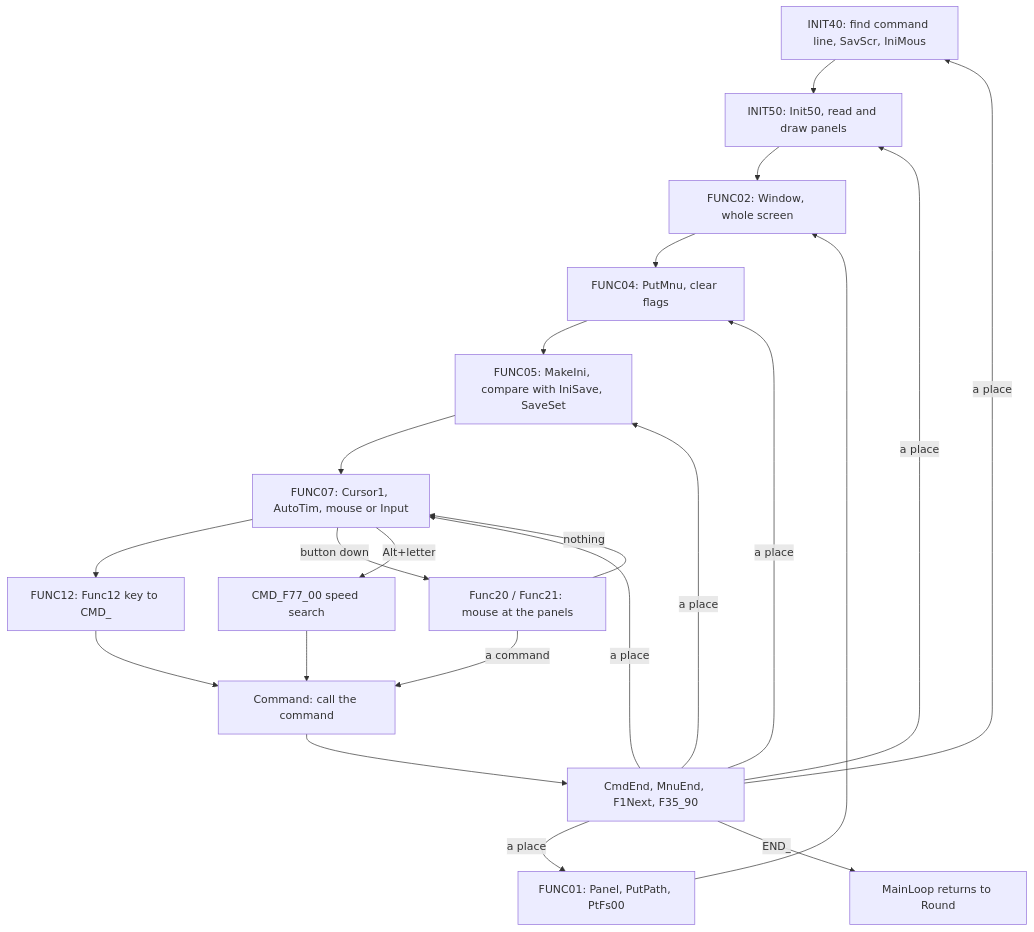
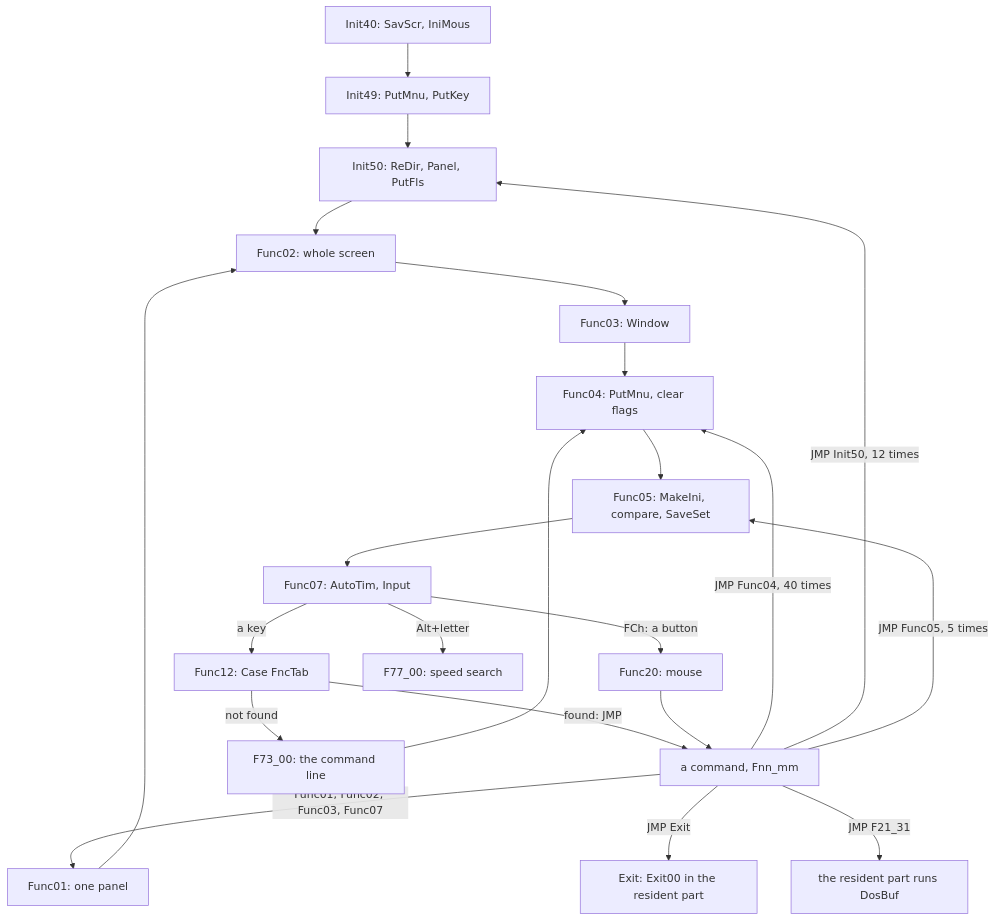
The third of 5 diagrams in docs/design/01-the-program.md (mmotorny/vibe_commander), drawn with Mermaid before and after one commit. The commit also changed other lines of this file and 1 other file, not shown here.

````diff
--- a/docs/design/01-the-program.md
+++ b/docs/design/01-the-program.md
@@ -571,24 +886,24 @@
 ```mermaid
 flowchart TD
-    INIT40["INIT40: find command line, SavScr, IniMous"] --> INIT50
-    INIT50["INIT50: Init50, read and draw panels"] --> FUNC02
-    FUNC01["FUNC01: Panel, PutPath, PtFs00"] --> FUNC02
-    FUNC02["FUNC02: Window, whole screen"] --> FUNC04
-    FUNC04["FUNC04: PutMnu, clear flags"] --> FUNC05
-    FUNC05["FUNC05: MakeIni, compare with IniSave, SaveSet"] --> FUNC07
-    FUNC07["FUNC07: Cursor1, AutoTim, mouse or Input"] --> FUNC12
-    FUNC07 -- "button down" --> MOUSE
-    FUNC07 -- "Alt+letter" --> SPEED["CMD_F77_00 speed search"]
-    FUNC12["FUNC12: Func12 key to CMD_"] --> CMD
-    MOUSE["Func20 / Func21: mouse at the panels"] -- "a command" --> CMD
-    MOUSE -- "nothing" --> FUNC07
-    SPEED --> CMD
-    CMD["Command: call the command"] --> ENDS["CmdEnd, MnuEnd, F1Next, F35_90"]
-    ENDS -- "a place" --> INIT40
-    ENDS -- "a place" --> INIT50
-    ENDS -- "a place" --> FUNC01
-    ENDS -- "a place" --> FUNC04
-    ENDS -- "a place" --> FUNC05
-    ENDS -- "a place" --> FUNC07
-    ENDS -- "END_" --> ROUND["MainLoop returns to Round"]
+    I40["Init40: SavScr, IniMous"] --> I49["Init49: PutMnu, PutKey"]
+    I49 --> I50["Init50: ReDir, Panel, PutFls"]
+    I50 --> F02["Func02: whole screen"]
+    F01["Func01: one panel"] --> F02
+    F02 --> F03["Func03: Window"]
+    F03 --> F04["Func04: PutMnu, clear flags"]
+    F04 --> F05["Func05: MakeIni, compare, SaveSet"]
+    F05 --> F07["Func07: AutoTim, Input"]
+    F07 -- "a key" --> F12["Func12: Case FncTab"]
+    F07 -- "FCh: a button" --> F20["Func20: mouse"]
+    F07 -- "Alt+letter" --> F77["F77_00: speed search"]
+    F12 -- "found: JMP" --> CMD["a command, Fnn_mm"]
+    F12 -- "not found" --> F73["F73_00: the command line"]
+    F20 --> CMD
+    CMD -- "JMP Func04, 40 times" --> F04
+    CMD -- "JMP Init50, 12 times" --> I50
+    CMD -- "JMP Func05, 5 times" --> F05
+    CMD -- "Func01, Func02, Func03, Func07" --> F01
+    CMD -- "JMP Exit" --> EX["Exit: Exit00 in the resident part"]
+    CMD -- "JMP F21_31" --> RUN["the resident part runs DosBuf"]
+    F73 --> F04
 ```
````
